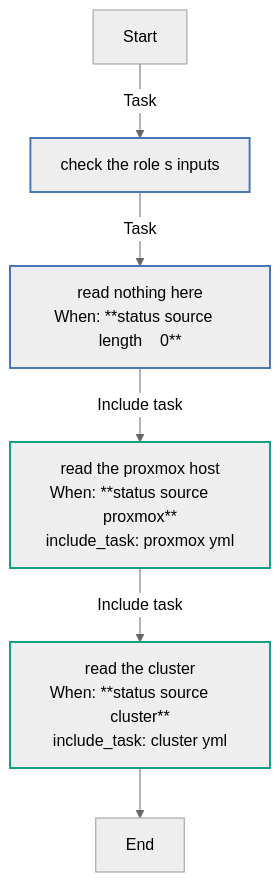
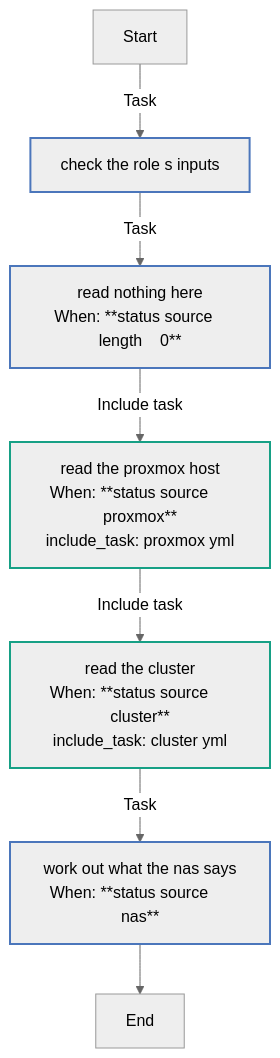
One commit to kawadeomkar/homeserver changed the second of 4 diagrams in roles/status/REFERENCE.md. Above: the diagram before and after it, drawn with Mermaid (neutral theme). The commit also changed other lines of this file and 22 other files, not shown here.

First line of the commit message:
feat(status): the NAS in make status, read through roles/truenas

````diff
--- a/roles/status/REFERENCE.md
+++ b/roles/status/REFERENCE.md
@@ -606,18 +632,19 @@
 ```mermaid
 flowchart TD
 Start
 classDef block stroke:#3498db,stroke-width:2px;
 classDef task stroke:#4b76bb,stroke-width:2px;
 classDef includeTasks stroke:#16a085,stroke-width:2px;
 classDef importTasks stroke:#34495e,stroke-width:2px;
 classDef includeRole stroke:#2980b9,stroke-width:2px;
 classDef importRole stroke:#699ba7,stroke-width:2px;
 classDef includeVars stroke:#8e44ad,stroke-width:2px;
 classDef rescue stroke:#665352,stroke-width:2px;
 
   Start-->|Task| Check_the_role_s_inputs0[check the role s inputs]:::task
   Check_the_role_s_inputs0-->|Task| Read_nothing_here1[read nothing here<br>When: **status source   length    0**]:::task
   Read_nothing_here1-->|Include task| Read_the_Proxmox_host_proxmox_yml_2[read the proxmox host<br>When: **status source     proxmox**<br>include_task: proxmox yml]:::includeTasks
   Read_the_Proxmox_host_proxmox_yml_2-->|Include task| Read_the_cluster_cluster_yml_3[read the cluster<br>When: **status source     cluster**<br>include_task: cluster yml]:::includeTasks
-  Read_the_cluster_cluster_yml_3-->End
+  Read_the_cluster_cluster_yml_3-->|Task| Work_out_what_the_NAS_says4[work out what the nas says<br>When: **status source     nas**]:::task
+  Work_out_what_the_NAS_says4-->End
 ```
````
